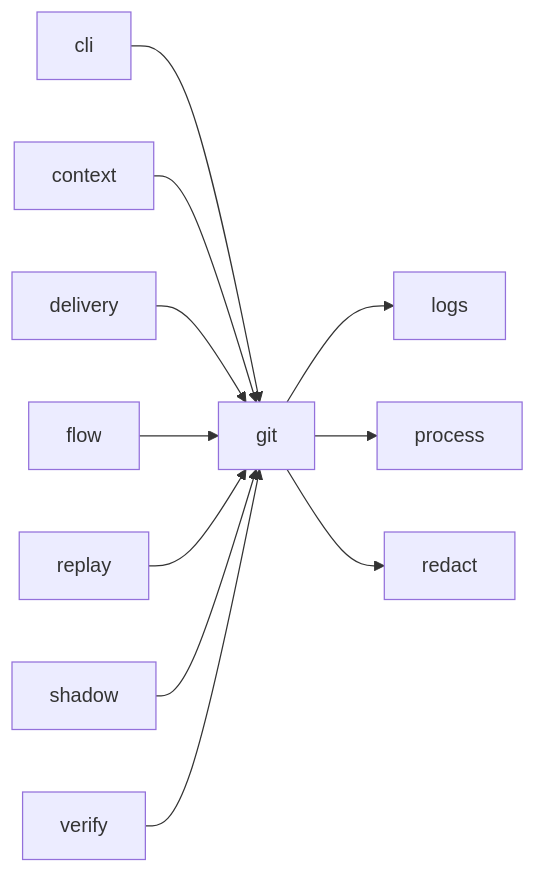
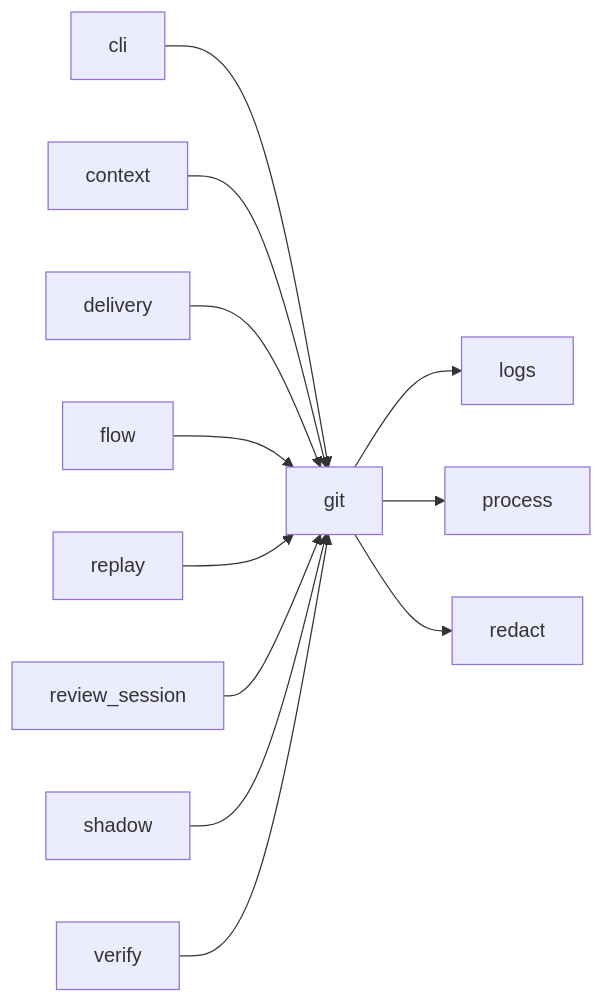
One commit to plaplanche/ariane changed the third of 3 diagrams in docs/architecture/modules/git.md. Above: the diagram before and after it, drawn with Mermaid. The commit also changed other lines of this file and 26 other files, not shown here.

````diff
--- a/docs/architecture/modules/git.md
+++ b/docs/architecture/modules/git.md
@@ -140,13 +144,14 @@
 ```mermaid
 flowchart LR
   cli --> git
   context --> git
   delivery --> git
   flow --> git
   git --> logs
   git --> process
   git --> redact
   replay --> git
+  review_session --> git
   shadow --> git
   verify --> git
 ```
````
